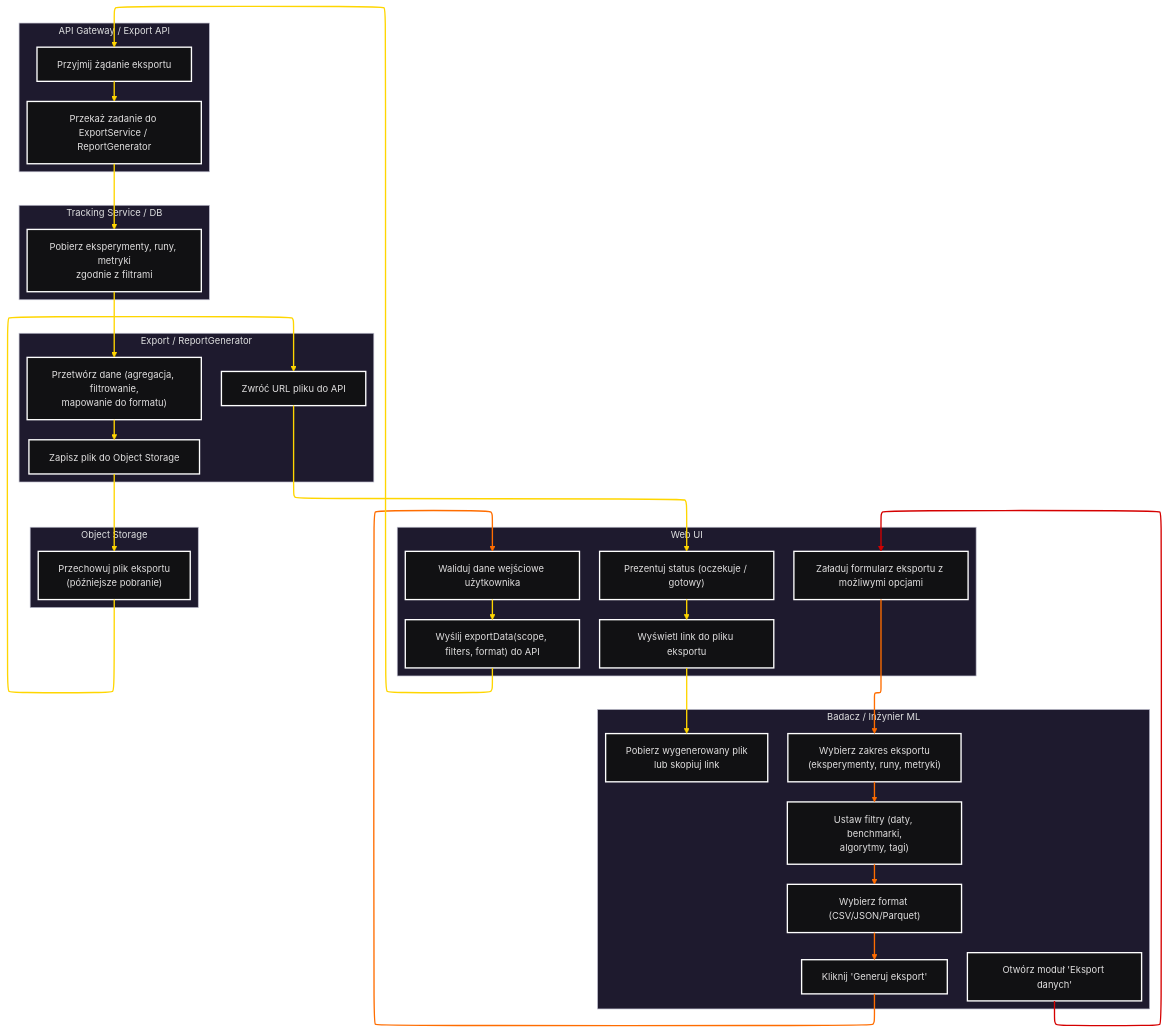
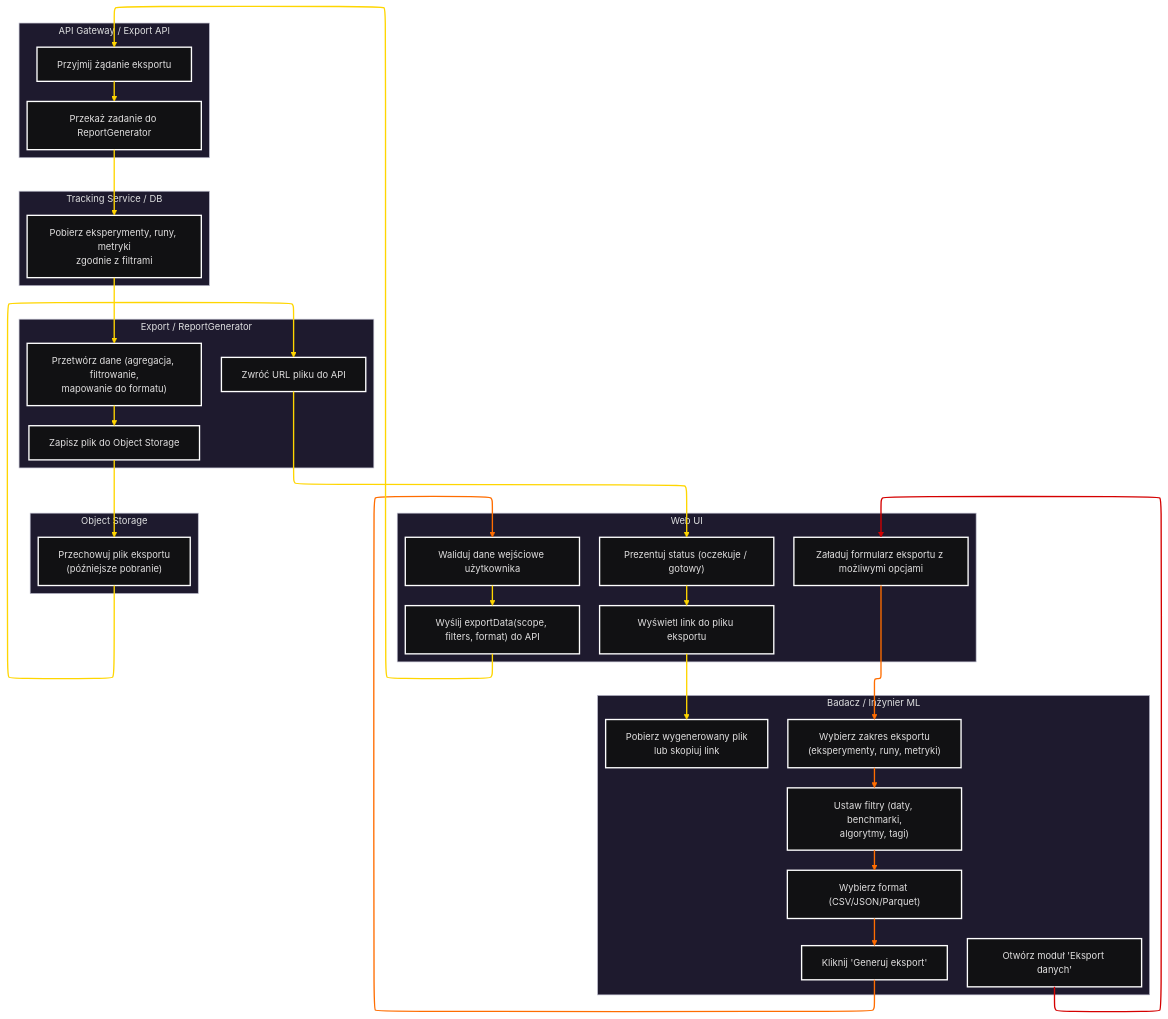
Diagram 30 of 34 in docs/system_c4_architecture.md (jedrzejpolaczek/aviarium.corvidae.corvus_corone), drawn with Mermaid before and after one commit. The commit also changed other lines of this file, not shown here.

````diff
--- a/docs/system_c4_architecture.md
+++ b/docs/system_c4_architecture.md
@@ -2373,74 +2205,74 @@
 ```mermaid
 ---
 config:
   layout: elk
   theme: redux-dark
 ---
 flowchart TB
  subgraph User["Badacz / Inżynier ML"]
         U1@{ label: "Otwórz moduł 'Eksport danych'" }
         U2["Wybierz zakres eksportu\n(eksperymenty, runy, metryki)"]
         U3["Ustaw filtry (daty, benchmarki,\nalgorytmy, tagi)"]
         U4["Wybierz format (CSV/JSON/Parquet)"]
         U5@{ label: "Kliknij 'Generuj eksport'" }
         U6["Pobierz wygenerowany plik\nlub skopiuj link"]
   end
  subgraph WebUI["Web UI"]
         W1["Załaduj formularz eksportu z możliwymi opcjami"]
         W2["Waliduj dane wejściowe użytkownika"]
         W3["Wyślij exportData(scope, filters, format) do API"]
         W4["Prezentuj status (oczekuje / gotowy)"]
         W5["Wyświetl link do pliku eksportu"]
   end
  subgraph API["API Gateway / Export API"]
         A1["Przyjmij żądanie eksportu"]
-        A2["Przekaż zadanie do ExportService / ReportGenerator"]
+        A2["Przekaż zadanie do ReportGenerator"]
   end
  subgraph TRK["Tracking Service / DB"]
         T1["Pobierz eksperymenty, runy, metryki\nzgodnie z filtrami"]
   end
  subgraph REP["Export / ReportGenerator"]
         R1["Przetwórz dane (agregacja, filtrowanie,\nmapowanie do formatu)"]
         R2["Zapisz plik do Object Storage"]
         R3["Zwróć URL pliku do API"]
   end
  subgraph OBJ["Object Storage"]
         O1["Przechowuj plik eksportu\n(późniejsze pobranie)"]
   end
     U1 --> W1
     W1 --> U2
     U2 --> U3
     U3 --> U4
     U4 --> U5
     U5 --> W2
     W2 --> W3
     W3 --> A1
     A1 --> A2
     A2 --> T1
     T1 --> R1
     R1 --> R2
     R2 --> O1
     O1 --> R3
     R3 --> W4
     W4 --> W5
     W5 --> U6
     U1@{ shape: rect}
     U5@{ shape: rect}
     linkStyle 0 stroke:#D50000,fill:none
     linkStyle 1 stroke:#FF6D00,fill:none
     linkStyle 2 stroke:#FF6D00,fill:none
     linkStyle 3 stroke:#FF6D00,fill:none
     linkStyle 4 stroke:#FF6D00,fill:none
     linkStyle 5 stroke:#FF6D00,fill:none
     linkStyle 6 stroke:#FFD600,fill:none
     linkStyle 7 stroke:#FFD600,fill:none
     linkStyle 8 stroke:#FFD600,fill:none
     linkStyle 9 stroke:#FFD600,fill:none
     linkStyle 10 stroke:#FFD600,fill:none
     linkStyle 11 stroke:#FFD600,fill:none
     linkStyle 12 stroke:#FFD600,fill:none
     linkStyle 13 stroke:#FFD600,fill:none
     linkStyle 14 stroke:#FFD600,fill:none
     linkStyle 15 stroke:#FFD600,fill:none
     linkStyle 16 stroke:#FFD600
 ```
````
